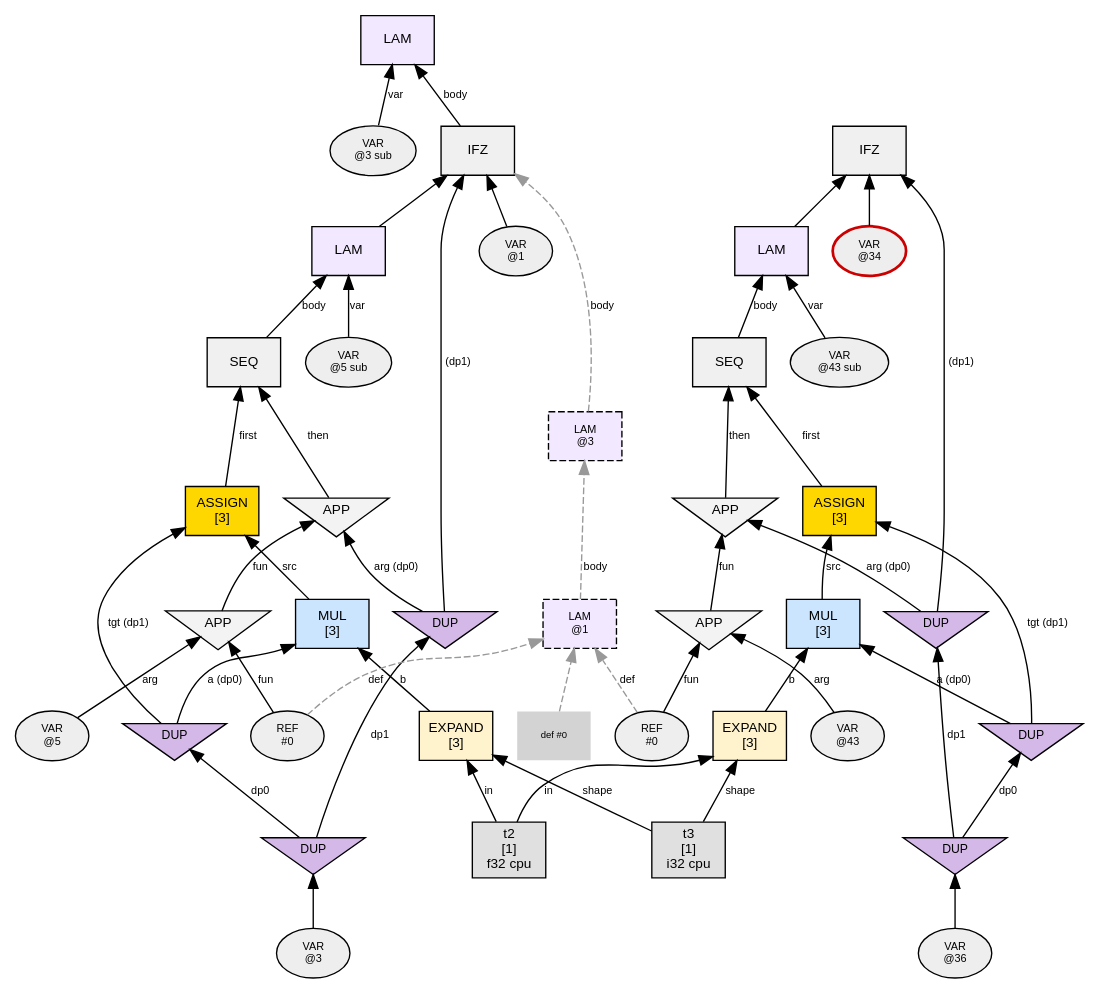
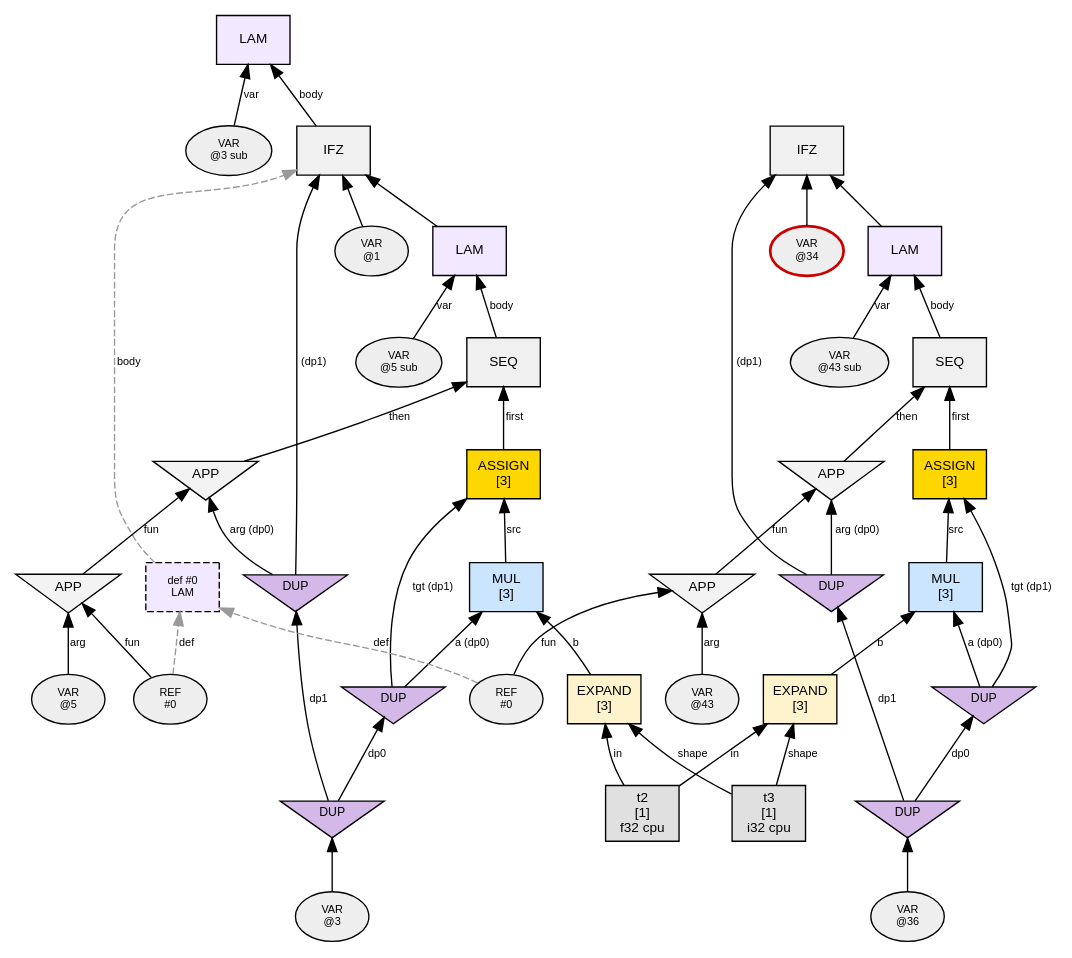
One commit to sw1sh/TinyHVM changed the diagram in phase1_graphs/loop_assign_simple/n1_steps/step_003_interact_APP.dot. Above: the diagram before and after it, drawn with Graphviz. The commit also changed 77 other files, not shown here.

First line of the commit message:
fix: REF→def#0 LAM node, test assertions, step graph completes

```diff
--- a/phase1_graphs/loop_assign_simple/n1_steps/step_003_interact_APP.dot
+++ b/phase1_graphs/loop_assign_simple/n1_steps/step_003_interact_APP.dot
@@ -1,94 +1,90 @@
 digraph G {
   // PREV_INTERACTION: interact_APP
   // NEXT_INTERACTION: interact_VAR
   rankdir=BT;
   node [fontname="Helvetica", fontsize=10, style=filled, shape=box, margin="0.1,0.05"];
   edge [fontsize=8, fontname="Helvetica"];
 
   n3 [label="LAM", shape=box, fillcolor="#f2e8ff"];
   var3 [label="VAR\n@3 sub", shape=oval, fillcolor="#eeeeee", fontsize=8];
   var3 -> n3 [label="var"];
   n26 -> n3 [label="body"];
   n26 [label="IFZ", shape=box, fillcolor="#f0f0f0"];
   var26 [label="VAR\n@1", shape=oval, fillcolor="#eeeeee", fontsize=8];
   var26 -> n26 [label=""];
   dup9 [label="DUP", shape=invtriangle, fillcolor="#d4b8e8", fontsize=9, width=0.7, height=0.5];
   dup7 -> dup9 [label="dp1"];
   dup7 [label="DUP", shape=invtriangle, fillcolor="#d4b8e8", fontsize=9, width=0.7, height=0.5];
   var7 [label="VAR\n@3", shape=oval, fillcolor="#eeeeee", fontsize=8];
   var7 -> dup7;
   dup9 -> n26 [label=" (dp1)"];
   n5 -> n26 [label=""];
   n24 [label="SEQ", shape=box, fillcolor="#f0f0f0"];
   n18 -> n24 [label="first"];
   n22 -> n24 [label="then"];
   n10 [label="EXPAND\n[3]", shape=box, fillcolor="#fff3cd"];
   t2 [label="t2\n[1]\nf32 cpu",shape=box,fillcolor="#e0e0e0"];
   t2 -> n10 [label="in"];
   t3 [label="t3\n[1]\ni32 cpu",shape=box,fillcolor="#e0e0e0"];
   t3 -> n10 [label="shape"];
   n14 [label="MUL\n[3]", shape=box, fillcolor="#cce5ff"];
   dup8 [label="DUP", shape=invtriangle, fillcolor="#d4b8e8", fontsize=9, width=0.7, height=0.5];
   dup7 -> dup8 [label="dp0"];
   dup8 -> n14 [label="a (dp0)"];
   n10 -> n14 [label="b"];
   ref20 [label="REF\n#0", shape=oval, fillcolor="#eeeeee", fontsize=8];
-  ref20 -> deflam0_0 [style=dashed, color="#999999", label="def"];
+  def0 [label="def #0\nLAM", shape=box, fillcolor="#f2e8ff", style="filled,dashed", fontsize=8];
+  def0 -> n26 [style=dashed, color="#999999", label="body"];
+  ref20 -> def0 [style=dashed, color="#999999", label="def"];
   n20 [label="APP", shape=invtriangle, fillcolor="#f3f3f3"];
   ref20 -> n20 [label="fun"];
   var21 [label="VAR\n@5", shape=oval, fillcolor="#eeeeee", fontsize=8];
   var21 -> n20 [label="arg"];
   n18 [label="ASSIGN\n[3]", shape=box, fillcolor="#ffd700"];
   dup8 -> n18 [label="tgt (dp1)"];
   n14 -> n18 [label="src"];
   n22 [label="APP", shape=invtriangle, fillcolor="#f3f3f3"];
   n20 -> n22 [label="fun"];
   dup9 -> n22 [label="arg (dp0)"];
   n5 [label="LAM", shape=box, fillcolor="#f2e8ff"];
   var5 [label="VAR\n@5 sub", shape=oval, fillcolor="#eeeeee", fontsize=8];
   var5 -> n5 [label="var"];
   n24 -> n5 [label="body"];
   n38 [label="IFZ", shape=box, fillcolor="#f0f0f0"];
   var38 [label="VAR\n@34", shape=oval, fillcolor="#eeeeee", fontsize=8,color="#cc0000",penwidth=2.0];
   var38 -> n38 [label=""];
   dup41 [label="DUP", shape=invtriangle, fillcolor="#d4b8e8", fontsize=9, width=0.7, height=0.5];
   dup42 -> dup41 [label="dp1"];
   dup42 [label="DUP", shape=invtriangle, fillcolor="#d4b8e8", fontsize=9, width=0.7, height=0.5];
   var42 [label="VAR\n@36", shape=oval, fillcolor="#eeeeee", fontsize=8];
   var42 -> dup42;
   dup41 -> n38 [label=" (dp1)"];
   n43 -> n38 [label=""];
   n43 [label="LAM", shape=box, fillcolor="#f2e8ff"];
   var43 [label="VAR\n@43 sub", shape=oval, fillcolor="#eeeeee", fontsize=8];
   var43 -> n43 [label="var"];
   n45 -> n43 [label="body"];
   n45 [label="SEQ", shape=box, fillcolor="#f0f0f0"];
   n47 -> n45 [label="first"];
   n54 -> n45 [label="then"];
   n47 [label="ASSIGN\n[3]", shape=box, fillcolor="#ffd700"];
   dup49 [label="DUP", shape=invtriangle, fillcolor="#d4b8e8", fontsize=9, width=0.7, height=0.5];
   dup42 -> dup49 [label="dp0"];
   dup49 -> n47 [label="tgt (dp1)"];
   n50 -> n47 [label="src"];
   n54 [label="APP", shape=invtriangle, fillcolor="#f3f3f3"];
   n56 -> n54 [label="fun"];
   dup41 -> n54 [label="arg (dp0)"];
   n50 [label="MUL\n[3]", shape=box, fillcolor="#cce5ff"];
   dup49 -> n50 [label="a (dp0)"];
   n52 -> n50 [label="b"];
   n52 [label="EXPAND\n[3]", shape=box, fillcolor="#fff3cd"];
   t2 -> n52 [label="in"];
   t3 -> n52 [label="shape"];
   n56 [label="APP", shape=invtriangle, fillcolor="#f3f3f3"];
   ref56 [label="REF\n#0", shape=oval, fillcolor="#eeeeee", fontsize=8];
   ref56 -> n56 [label="fun"];
   var57 [label="VAR\n@43", shape=oval, fillcolor="#eeeeee", fontsize=8];
   var57 -> n56 [label="arg"];
-  ref56 -> deflam0_0 [style=dashed, color="#999999", label="def"];
-  deflam0_0 [label="LAM\n@1", shape=box, fillcolor="#f2e8ff", style="filled,dashed", fontsize=8];
-  ref_def0 [label="def #0", shape=none, fontsize=7];
-  ref_def0 -> deflam0_0 [style=dashed, color="#999999"];
-  deflam0_1 [label="LAM\n@3", shape=box, fillcolor="#f2e8ff", style="filled,dashed", fontsize=8];
-  deflam0_0 -> deflam0_1 [style=dashed, color="#999999", label="body"];
-  deflam0_1 -> n26 [style=dashed, color="#999999", label="body"];
+  ref56 -> def0 [style=dashed, color="#999999", label="def"];
 }
```
